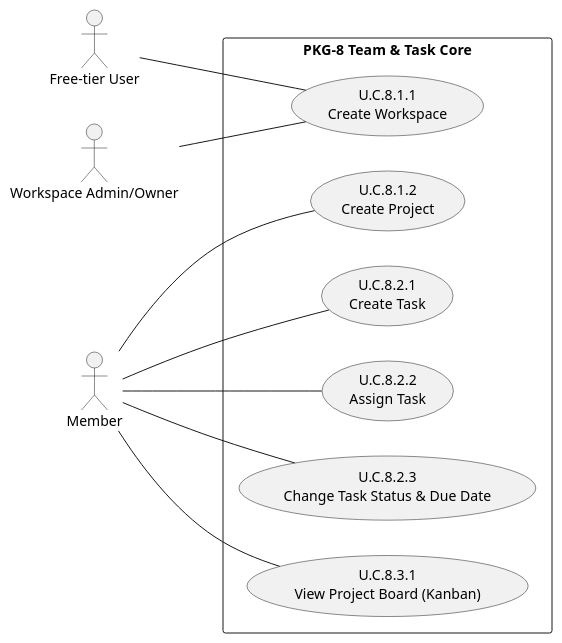
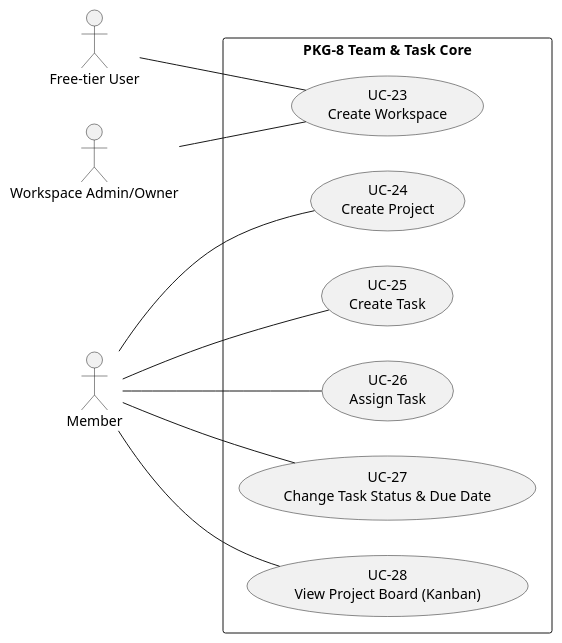
One commit to pauloribeiro16/Methodology_compact changed the third of 11 diagrams in 02_CASES/Case_01_TinyTask_SaaS/03_PHASE3_DECOMPOSITION_RICH/annexes/A_Use_Case_Diagrams.md. Above: the diagram before and after it, drawn with PlantUML. The commit also changed other lines of this file and 34 other files, not shown here.

Commit message:
[EXECUTOR] F2 RENUMBER Case_01: U.C.x.y.z flattened → UC-01..40 (compliance 01..17 + product 18..40), two-phase, 20 files, xlsx+builder regenerated, 11 SVGs re-rendered; gates PASS (verify_rich 0, audit 100%, mermaid 192/192, smoke 16/16)

````diff
--- a/02_CASES/Case_01_TinyTask_SaaS/03_PHASE3_DECOMPOSITION_RICH/annexes/A_Use_Case_Diagrams.md
+++ b/02_CASES/Case_01_TinyTask_SaaS/03_PHASE3_DECOMPOSITION_RICH/annexes/A_Use_Case_Diagrams.md
@@ -135,23 +137,23 @@
 ```plantuml
 @startuml
 left to right direction
 actor "Free-tier User" as FU
 actor "Workspace Admin/Owner" as ADM
 actor "Member" as MEM
 rectangle "PKG-8 Team & Task Core" {
-usecase "U.C.8.1.1\nCreate Workspace" as UC811
-usecase "U.C.8.1.2\nCreate Project" as UC812
-usecase "U.C.8.2.1\nCreate Task" as UC821
-usecase "U.C.8.2.2\nAssign Task" as UC822
-usecase "U.C.8.2.3\nChange Task Status & Due Date" as UC823
-usecase "U.C.8.3.1\nView Project Board (Kanban)" as UC831
+usecase "UC-23\nCreate Workspace" as UC811
+usecase "UC-24\nCreate Project" as UC812
+usecase "UC-25\nCreate Task" as UC821
+usecase "UC-26\nAssign Task" as UC822
+usecase "UC-27\nChange Task Status & Due Date" as UC823
+usecase "UC-28\nView Project Board (Kanban)" as UC831
 }
 ADM -- UC811
 FU -- UC811
 MEM -- UC812
 MEM -- UC821
 MEM -- UC822
 MEM -- UC823
 MEM -- UC831
 @enduml
 ```
````
